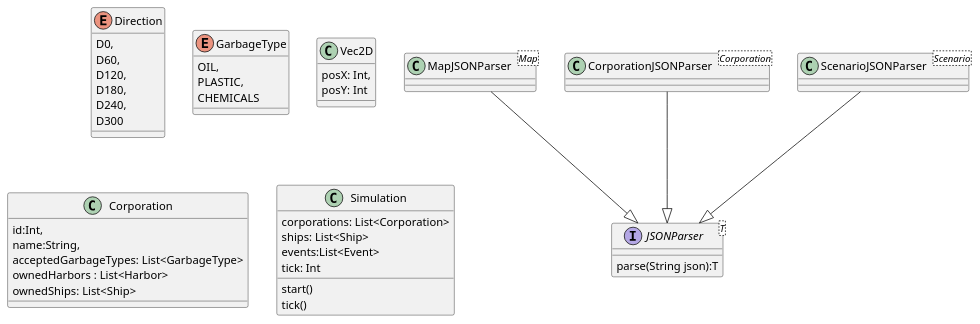
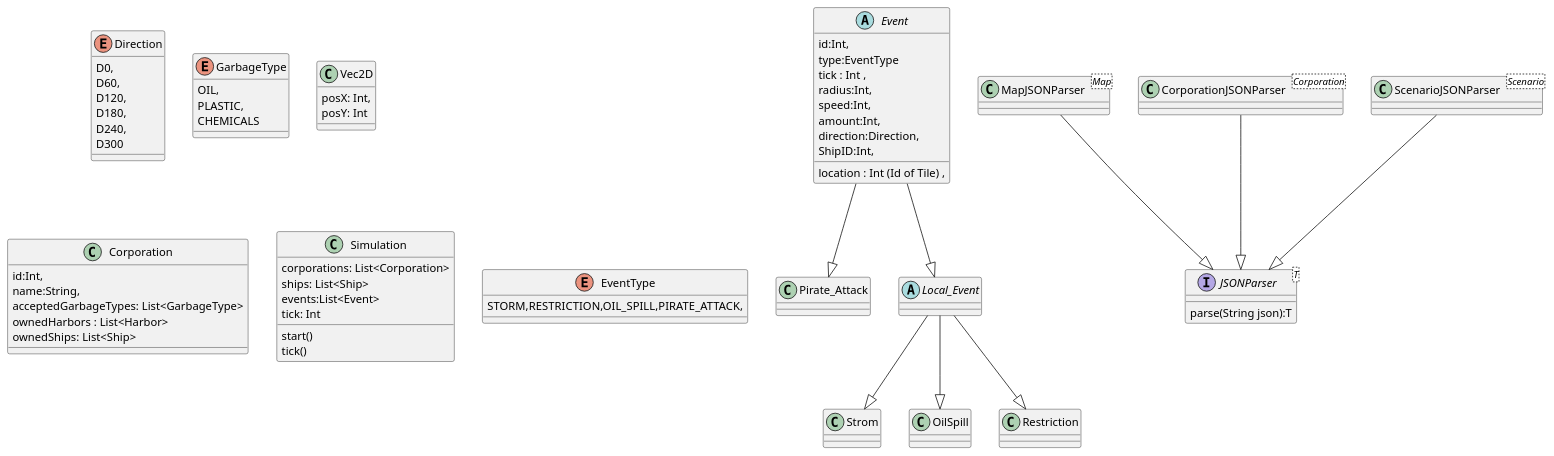
The diagram in Diagram.puml (Atharvakore/Save-The-Saardines), drawn with PlantUML before and after one commit.

Commit message:
Events Added

```diff
--- a/Diagram.puml
+++ b/Diagram.puml
@@ -1,60 +1,88 @@
 @startuml
 'General
   enum Direction{
     D0,
     D60,
     D120,
     D180,
     D240,
     D300
   }
   enum GarbageType{
     OIL,
     PLASTIC,
     CHEMICALS
   }
    class Vec2D{
     posX: Int,
     posY: Int
   }
 
 
   class Corporation{
     id:Int,
     name:String,
     acceptedGarbageTypes: List<GarbageType>
     ownedHarbors : List<Harbor>
     ownedShips: List<Ship>
 
   }
 
 
     class Simulation{
         corporations: List<Corporation>
         ships: List<Ship>
         events:List<Event>
         tick: Int
 
         start()
         tick()
     }
-
+    enum EventType {
+    STORM,RESTRICTION,OIL_SPILL,PIRATE_ATTACK,
+    }
+    abstract class Event {
+    id:Int,
+    type:EventType
+    tick : Int ,
+    location : Int (Id of Tile) ,
+    radius:Int,
+    speed:Int,
+    amount:Int,
+    direction:Direction,
+    ShipID:Int,
+    }
+     Event --|> Pirate_Attack
+    class Pirate_Attack {
+    }
+    Event --|> Local_Event
+    abstract class Local_Event {
+    }
+    Local_Event --|> Strom
+    class Strom {
+    }
+    Local_Event --|> OilSpill
+    class OilSpill {
+    }
+    Local_Event --|> Restriction
+    class Restriction {
+    }
 
     interface JSONParser<T>{
     parse(String json):T
     }
 
     MapJSONParser --|> JSONParser
     class MapJSONParser<Map>{
 
     }
     CorporationJSONParser --|> JSONParser
     class CorporationJSONParser<Corporation>{
 
     }
         ScenarioJSONParser --|> JSONParser
         class ScenarioJSONParser<Scenario>{
 
         }
 
 @enduml
```
